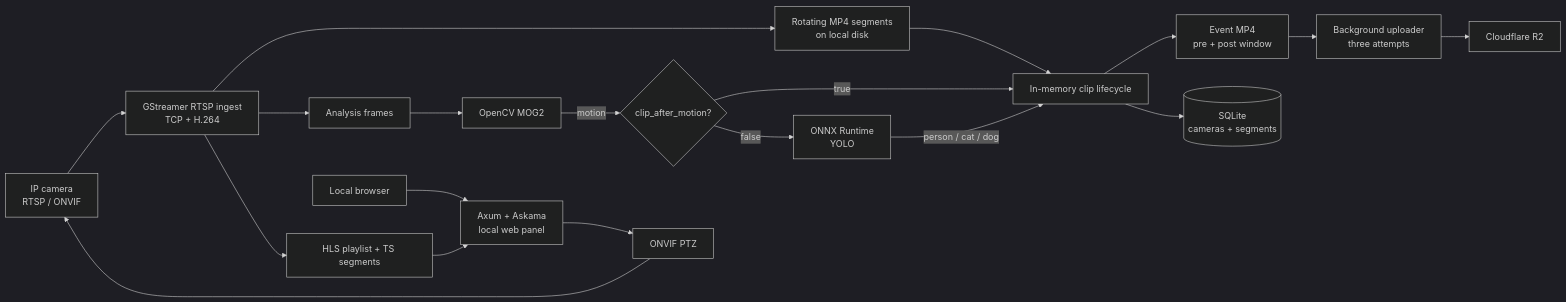
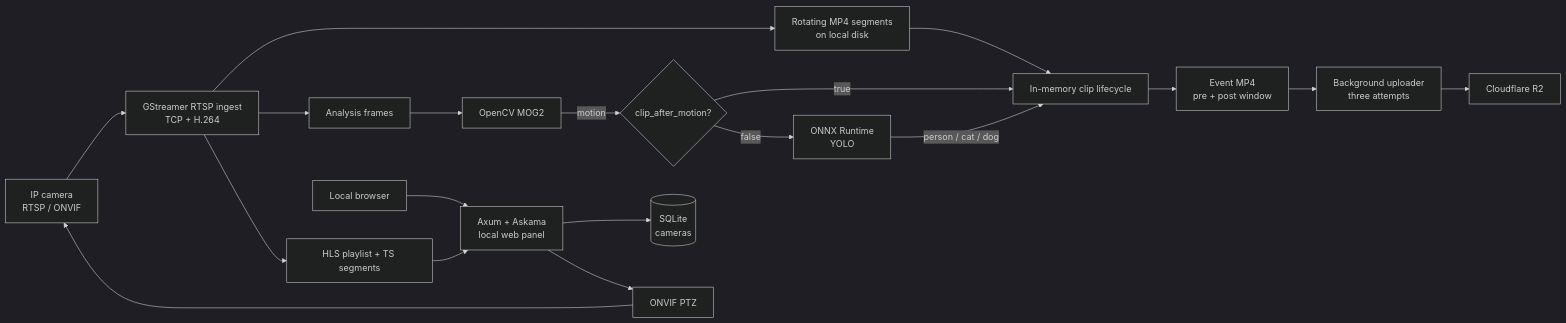
Before and after one commit to Mazako/cam_proj: the diagram in README.md, drawn with Mermaid (dark theme). The commit also changed other lines of this file and 25 other files, not shown here.

````diff
--- a/README.md
+++ b/README.md
@@ -21,21 +21,21 @@
 ```mermaid
 flowchart LR
     Camera["IP camera<br/>RTSP / ONVIF"] --> Ingest["GStreamer RTSP ingest<br/>TCP + H.264"]
     Ingest --> Segments["Rotating MP4 segments<br/>on local disk"]
     Ingest --> Frames["Analysis frames"]
     Frames --> Motion["OpenCV MOG2"]
     Motion -->|"motion"| Decision{"clip_after_motion?"}
     Decision -->|"true"| Clip["In-memory clip lifecycle"]
     Decision -->|"false"| YOLO["ONNX Runtime<br/>YOLO"]
     YOLO -->|"person / cat / dog"| Clip
     Segments --> Clip
     Clip --> EventMP4["Event MP4<br/>pre + post window"]
-    Clip --> SQLite[("SQLite<br/>cameras + segments")]
+    Panel --> SQLite[("SQLite<br/>cameras")]
     EventMP4 --> Upload["Background uploader<br/>three attempts"]
     Upload --> R2["Cloudflare R2"]
     Ingest --> HLS["HLS playlist + TS segments"]
     HLS --> Panel["Axum + Askama<br/>local web panel"]
     Browser["Local browser"] --> Panel
     Panel --> PTZ["ONVIF PTZ"]
     PTZ --> Camera
 ```
````
